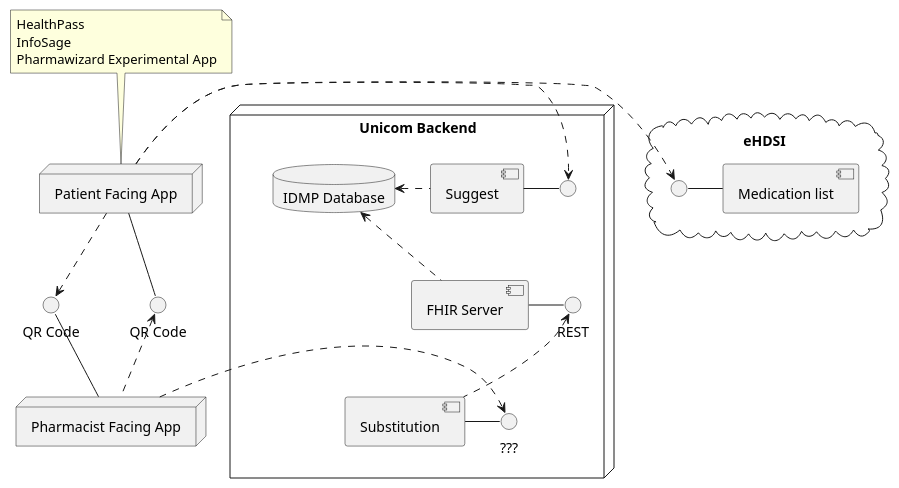
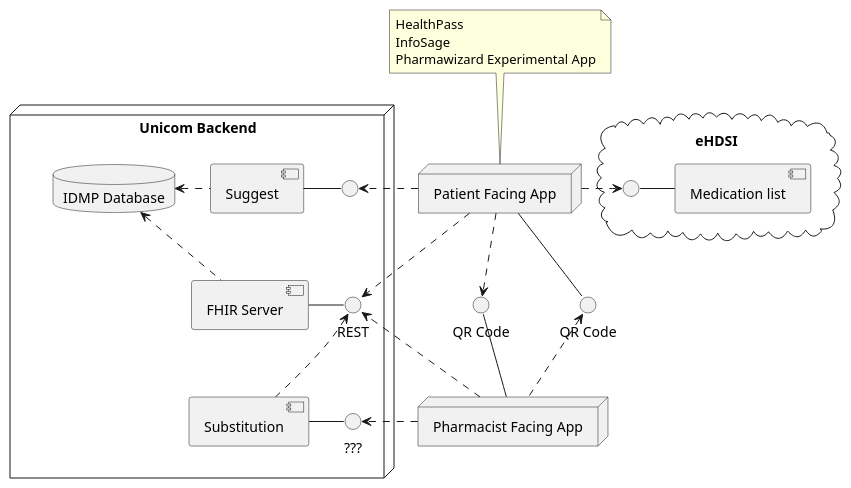
The diagram in uml/component/component.puml (unicom-project-eu/wp6-db-api), drawn with PlantUML before and after one commit.

Commit message:
Added dependecies to diagram

```diff
--- a/uml/component/component.puml
+++ b/uml/component/component.puml
@@ -1,69 +1,72 @@
 @startuml
 
 node "Unicom Backend" as unicomBackend {
     together {
         interface " " as suggestInt
         component "Suggest" as suggest
         suggest - suggestInt
 
         interface REST
         component "FHIR Server" as fhir
         fhir - REST
     }
 
     together {
         component "Substitution" as substitution
         interface "???" as substitutionInt
         substitution - substitutionInt
     }
 
     database "IDMP Database" as idmpDb
 
     idmpDb <.r. fhir
     idmpDb <.r. suggest
     suggest -[hidden]- fhir
     REST <.. substitution
 }
 
 together {
     interface "QR Code" as qrCodeUser
     interface "QR Code" as qrCodePharmacist
 }
 
 together {
     node "Patient Facing App" as patientApp {
     }
 
     patientApp .d.> qrCodePharmacist
     patientApp -d- qrCodeUser
     suggestInt <.l. patientApp
 
     note top of patientApp {
         HealthPass
         InfoSage
         Pharmawizard Experimental App
     }
 }
 
 cloud "eHDSI" {
     together {
         component "Medication list" as medicationList
 
         interface " " as medicationListInt
         medicationListInt - medicationList
     }
 }
 
 patientApp .r.> medicationListInt
+patientApp .> REST
 
 together {
     node "Pharmacist Facing App" as pharmacistApp
 
     qrCodeUser <.d. pharmacistApp
     qrCodePharmacist -d- pharmacistApp
     substitutionInt <.l. pharmacistApp
 }
 
 unicomBackend -[hidden] patientApp
 
+pharmacistApp .> REST
+
 @enduml
```
